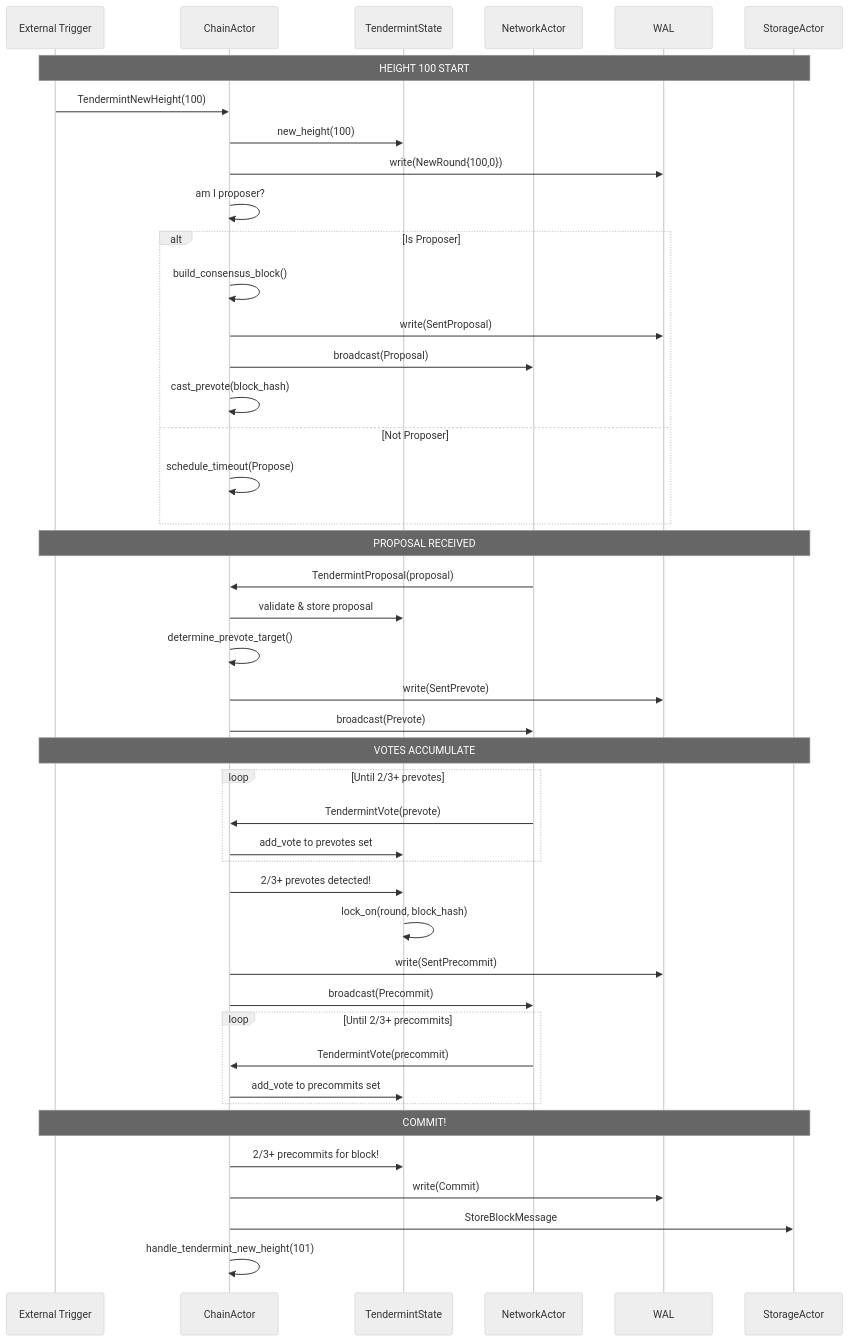
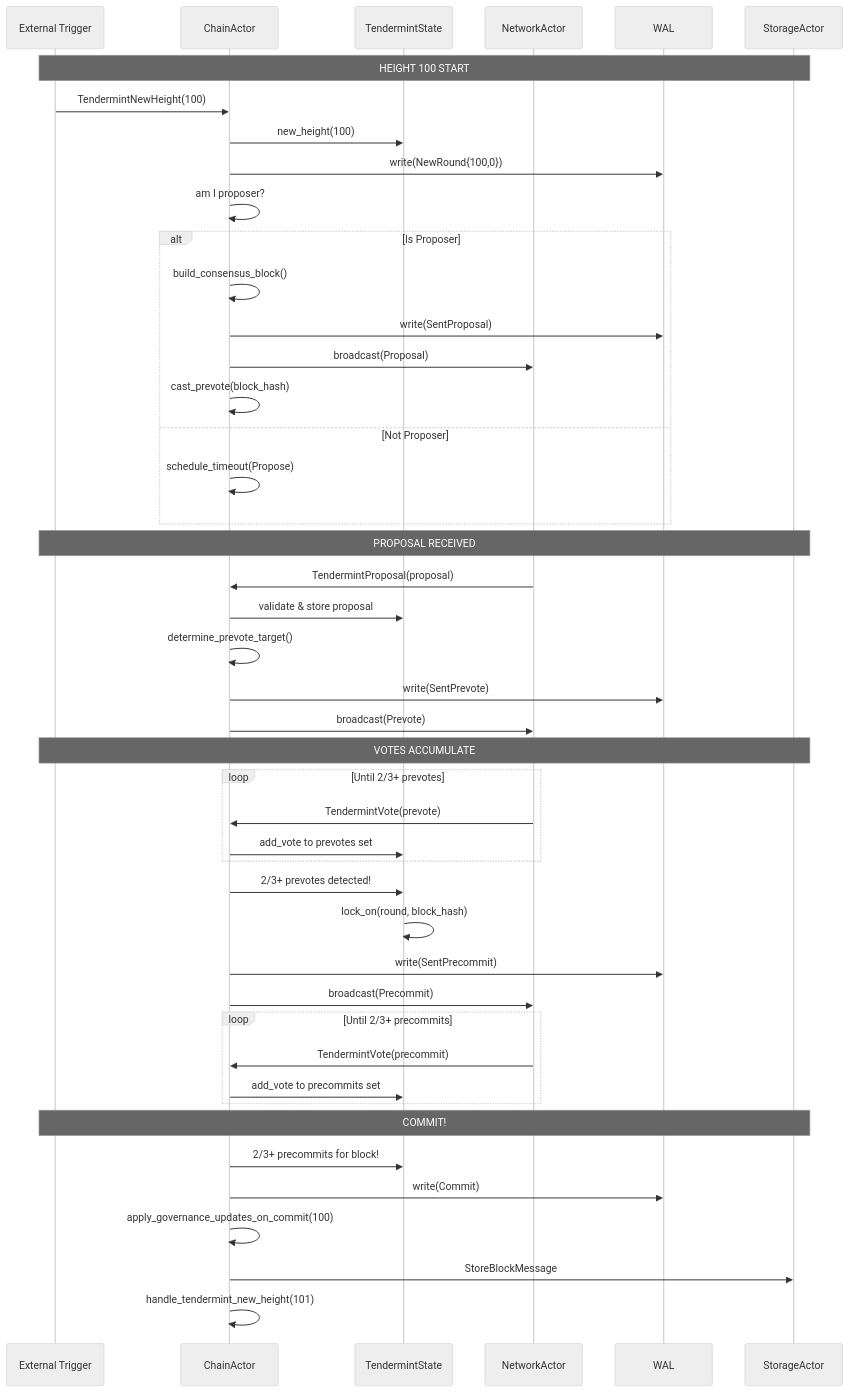
One commit to AnduroProject/alys changed the second of 4 diagrams in docs/v2_alpha/tendermint_implementation/04_CHAINACTOR_HANDLERS.md. Above: the diagram before and after it, drawn with Mermaid (neutral theme). The commit also changed other lines of this file, not shown here.

First line of the commit message:
feat(docs): add governance and peg-in handlers to ChainActor implementation plan

````diff
--- a/docs/v2_alpha/tendermint_implementation/04_CHAINACTOR_HANDLERS.md
+++ b/docs/v2_alpha/tendermint_implementation/04_CHAINACTOR_HANDLERS.md
@@ -1015,57 +1705,58 @@
 ```mermaid
 sequenceDiagram
     participant Ext as External Trigger
     participant CA as ChainActor
     participant TM as TendermintState
     participant Net as NetworkActor
     participant WAL as WAL
     participant Store as StorageActor
 
     Note over Ext,Store: HEIGHT 100 START
 
     Ext->>CA: TendermintNewHeight(100)
     CA->>TM: new_height(100)
     CA->>WAL: write(NewRound{100,0})
     CA->>CA: am I proposer?
 
     alt Is Proposer
         CA->>CA: build_consensus_block()
         CA->>WAL: write(SentProposal)
         CA->>Net: broadcast(Proposal)
         CA->>CA: cast_prevote(block_hash)
     else Not Proposer
         CA->>CA: schedule_timeout(Propose)
     end
 
     Note over Ext,Store: PROPOSAL RECEIVED
 
     Net->>CA: TendermintProposal(proposal)
     CA->>TM: validate & store proposal
     CA->>CA: determine_prevote_target()
     CA->>WAL: write(SentPrevote)
     CA->>Net: broadcast(Prevote)
 
     Note over Ext,Store: VOTES ACCUMULATE
 
     loop Until 2/3+ prevotes
         Net->>CA: TendermintVote(prevote)
         CA->>TM: add_vote to prevotes set
     end
 
     CA->>TM: 2/3+ prevotes detected!
     TM->>TM: lock_on(round, block_hash)
     CA->>WAL: write(SentPrecommit)
     CA->>Net: broadcast(Precommit)
 
     loop Until 2/3+ precommits
         Net->>CA: TendermintVote(precommit)
         CA->>TM: add_vote to precommits set
     end
 
     Note over Ext,Store: COMMIT!
 
     CA->>TM: 2/3+ precommits for block!
     CA->>WAL: write(Commit)
+    CA->>CA: apply_governance_updates_on_commit(100)
     CA->>Store: StoreBlockMessage
     CA->>CA: handle_tendermint_new_height(101)
 ```
````
